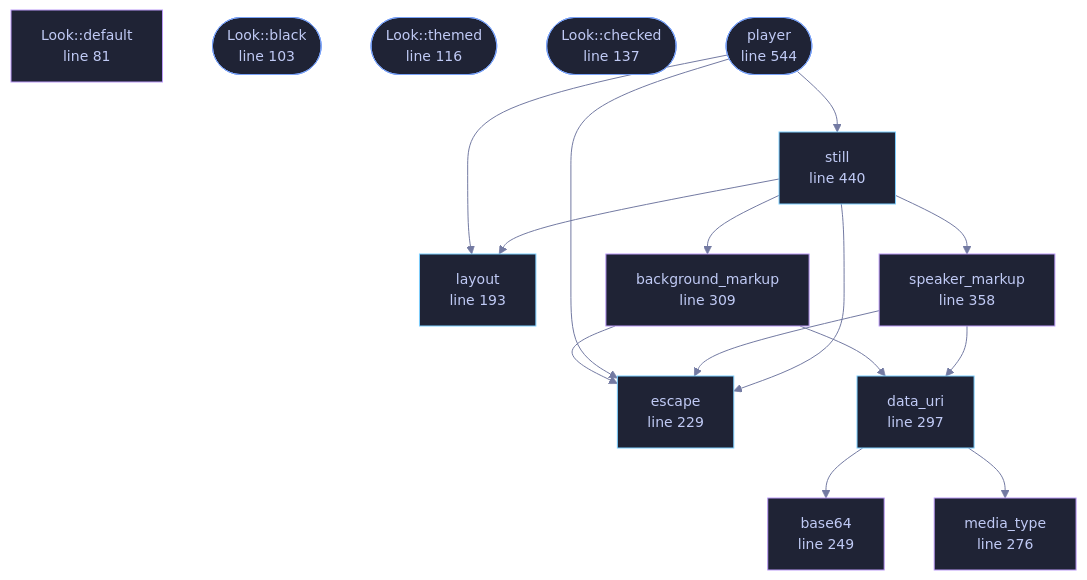
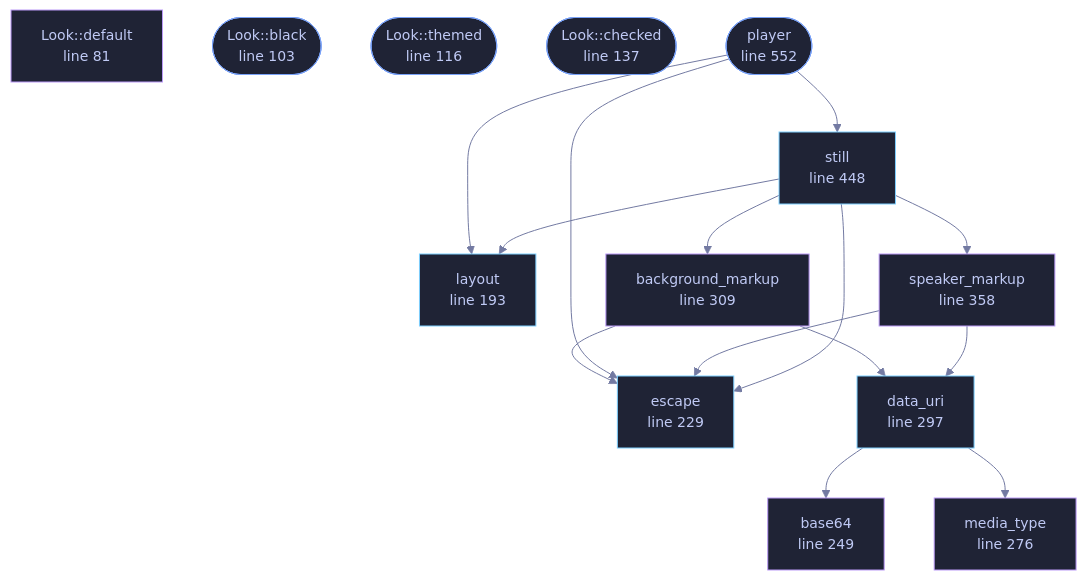
One commit to tilas01/veilvoice changed the diagram in docs/files/veilvoice-video/page.md. Above: the diagram before and after it, drawn with Mermaid. The commit also changed other lines of this file and 55 other files, not shown here.

````diff
--- a/docs/files/veilvoice-video/page.md
+++ b/docs/files/veilvoice-video/page.md
@@ -115,49 +115,49 @@
 ```mermaid
 %%{init: {"theme":"base","themeVariables":{"background":"#1a1b26","primaryColor":"#1f2335","primaryTextColor":"#c0caf5","primaryBorderColor":"#7aa2f7","secondaryColor":"#16161e","tertiaryColor":"#16161e","lineColor":"#737aa2","textColor":"#c0caf5","mainBkg":"#1f2335","nodeBorder":"#7aa2f7","clusterBkg":"#16161e","clusterBorder":"#2f3549","fontFamily":"ui-monospace, SFMono-Regular, Consolas, monospace","fontSize":"14px"}}}%%
 flowchart TD
     n_default["Look::default<br/>line 81"]
     n_black(["Look::black<br/>line 103"])
     n_themed(["Look::themed<br/>line 116"])
     n_checked(["Look::checked<br/>line 137"])
     n_layout["layout<br/>line 193"]
     n_escape["escape<br/>line 229"]
     n_base64["base64<br/>line 249"]
     n_media_type["media_type<br/>line 276"]
     n_data_uri["data_uri<br/>line 297"]
     n_background_markup["background_markup<br/>line 309"]
     n_speaker_markup["speaker_markup<br/>line 358"]
-    n_still["still<br/>line 440"]
-    n_player(["player<br/>line 544"])
+    n_still["still<br/>line 448"]
+    n_player(["player<br/>line 552"])
     n_background_markup --> n_data_uri
     n_background_markup --> n_escape
     n_data_uri --> n_base64
     n_data_uri --> n_media_type
     n_player --> n_escape
     n_player --> n_layout
     n_player --> n_still
     n_speaker_markup --> n_data_uri
     n_speaker_markup --> n_escape
     n_still --> n_background_markup
     n_still --> n_escape
     n_still --> n_layout
     n_still --> n_speaker_markup
     click n_default href "https://github.com/tilas01/veilvoice/blob/main/crates/veilvoice-video/src/page.rs#L81" "open the source"
     click n_black href "https://github.com/tilas01/veilvoice/blob/main/crates/veilvoice-video/src/page.rs#L103" "open the source"
     click n_themed href "https://github.com/tilas01/veilvoice/blob/main/crates/veilvoice-video/src/page.rs#L116" "open the source"
     click n_checked href "https://github.com/tilas01/veilvoice/blob/main/crates/veilvoice-video/src/page.rs#L137" "open the source"
     click n_layout href "https://github.com/tilas01/veilvoice/blob/main/crates/veilvoice-video/src/page.rs#L193" "open the source"
     click n_escape href "https://github.com/tilas01/veilvoice/blob/main/crates/veilvoice-video/src/page.rs#L229" "open the source"
     click n_base64 href "https://github.com/tilas01/veilvoice/blob/main/crates/veilvoice-video/src/page.rs#L249" "open the source"
     click n_media_type href "https://github.com/tilas01/veilvoice/blob/main/crates/veilvoice-video/src/page.rs#L276" "open the source"
     click n_data_uri href "https://github.com/tilas01/veilvoice/blob/main/crates/veilvoice-video/src/page.rs#L297" "open the source"
     click n_background_markup href "https://github.com/tilas01/veilvoice/blob/main/crates/veilvoice-video/src/page.rs#L309" "open the source"
     click n_speaker_markup href "https://github.com/tilas01/veilvoice/blob/main/crates/veilvoice-video/src/page.rs#L358" "open the source"
-    click n_still href "https://github.com/tilas01/veilvoice/blob/main/crates/veilvoice-video/src/page.rs#L440" "open the source"
-    click n_player href "https://github.com/tilas01/veilvoice/blob/main/crates/veilvoice-video/src/page.rs#L544" "open the source"
+    click n_still href "https://github.com/tilas01/veilvoice/blob/main/crates/veilvoice-video/src/page.rs#L448" "open the source"
+    click n_player href "https://github.com/tilas01/veilvoice/blob/main/crates/veilvoice-video/src/page.rs#L552" "open the source"
     classDef entry fill:#1f2335,stroke:#7aa2f7,color:#c0caf5
     class n_black,n_themed,n_checked,n_player entry
     classDef api fill:#1f2335,stroke:#7dcfff,color:#c0caf5
     class n_layout,n_escape,n_data_uri,n_still api
     classDef helper fill:#1f2335,stroke:#bb9af7,color:#c0caf5
     class n_default,n_base64,n_media_type,n_background_markup,n_speaker_markup helper
 ```
````
